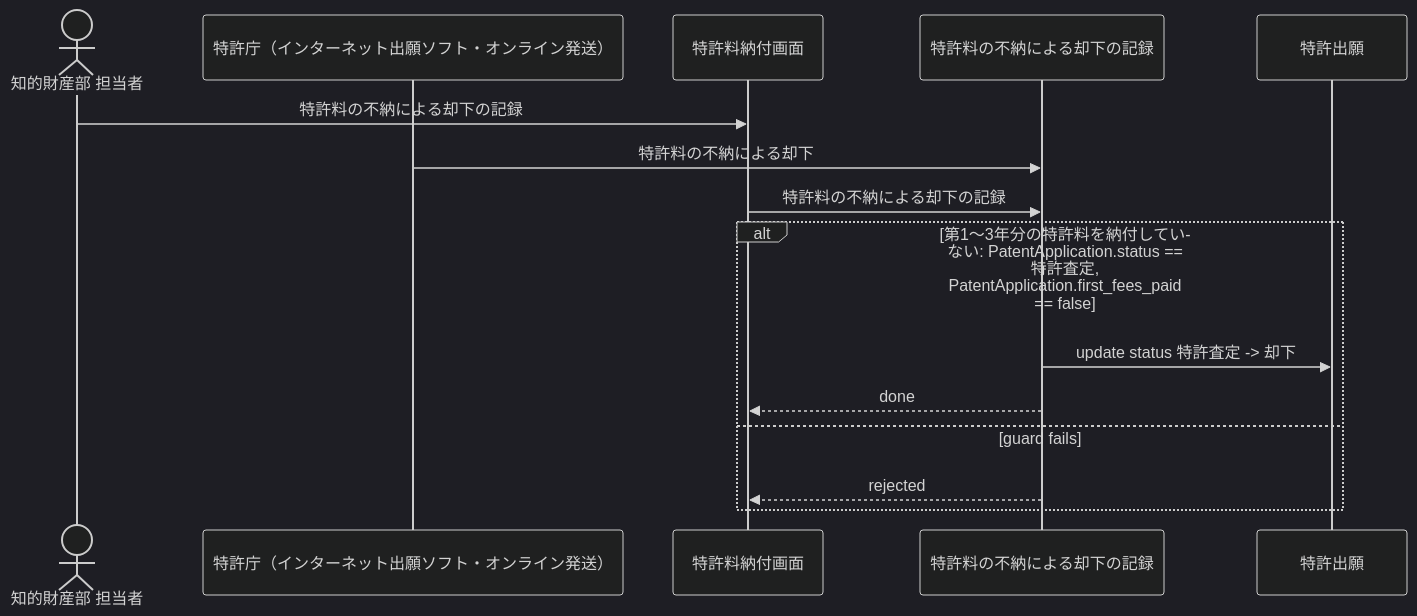
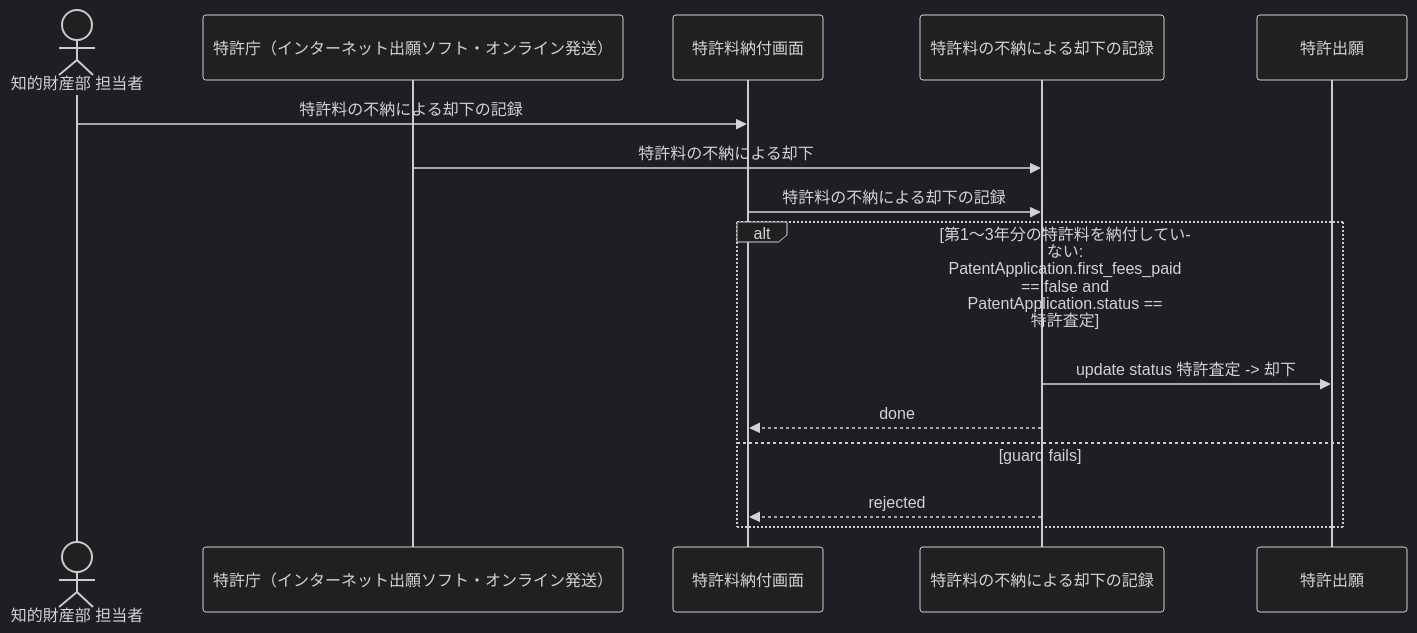
One commit to manji-0/rdra-ish-dsl changed the diagram in samples/patent-ops/out/uc/sequence_RecordRegistrationDismissal.mmd. Above: the diagram before and after it, drawn with Mermaid (dark theme). The commit also changed 19 other files, not shown here.

```diff
--- a/samples/patent-ops/out/uc/sequence_RecordRegistrationDismissal.mmd
+++ b/samples/patent-ops/out/uc/sequence_RecordRegistrationDismissal.mmd
@@ -1,18 +1,18 @@
 %% rdra-ish diagram=sequence scope=usecase:RecordRegistrationDismissal model=samples/patent-ops
 %% kinds: actor extsystem screen usecase entity
 %% omitted: buc step medium permission event condition
 sequenceDiagram
   actor actor__IpStaff as 知的財産部 担当者
   participant extsystem__Jpo as 特許庁（インターネット出願ソフト・オンライン発送）
   participant screen__FeePaymentScreen as 特許料納付画面
   participant usecase__RecordRegistrationDismissal as 特許料の不納による却下の記録
   participant entity__PatentApplication as 特許出願
   actor__IpStaff ->> screen__FeePaymentScreen: 特許料の不納による却下の記録
   extsystem__Jpo ->> usecase__RecordRegistrationDismissal: 特許料の不納による却下
   screen__FeePaymentScreen ->> usecase__RecordRegistrationDismissal: 特許料の不納による却下の記録
-  alt 第1〜3年分の特許料を納付していない: PatentApplication.status == 特許査定, PatentApplication.first_fees_paid == false
+  alt 第1〜3年分の特許料を納付していない: PatentApplication.first_fees_paid == false and PatentApplication.status == 特許査定
     usecase__RecordRegistrationDismissal ->> entity__PatentApplication: update status 特許査定 -> 却下
     usecase__RecordRegistrationDismissal -->> screen__FeePaymentScreen: done
   else guard fails
     usecase__RecordRegistrationDismissal -->> screen__FeePaymentScreen: rejected
   end
```
